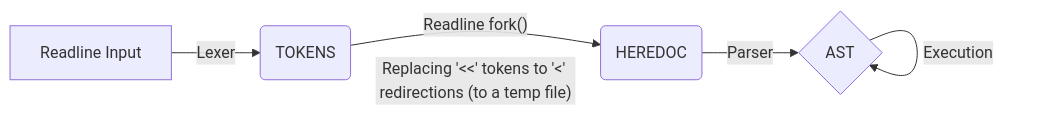
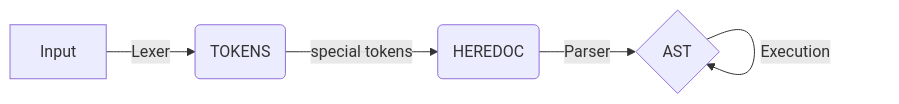
One commit to MykleR/minishell changed the diagram in README.md. Above: the diagram before and after it, drawn with Mermaid. The commit also changed other lines of this file, not shown here.

````diff
--- a/README.md
+++ b/README.md
@@ -96,8 +90,7 @@
 ```mermaid
 flowchart LR
-    A[Readline Input] -->|Lexer|B(TOKENS)
-    B -->|"Readline fork()" |G(HEREDOC)
-    G ~~~|"Replacing '<<' tokens to '<' redirections (to a temp file)"| B
+    A[Input] -->|Lexer|B(TOKENS)
+    B -->|"special tokens" |G(HEREDOC)
     G -->|Parser |C{AST}
     C -->|Execution |C
 ```
````
